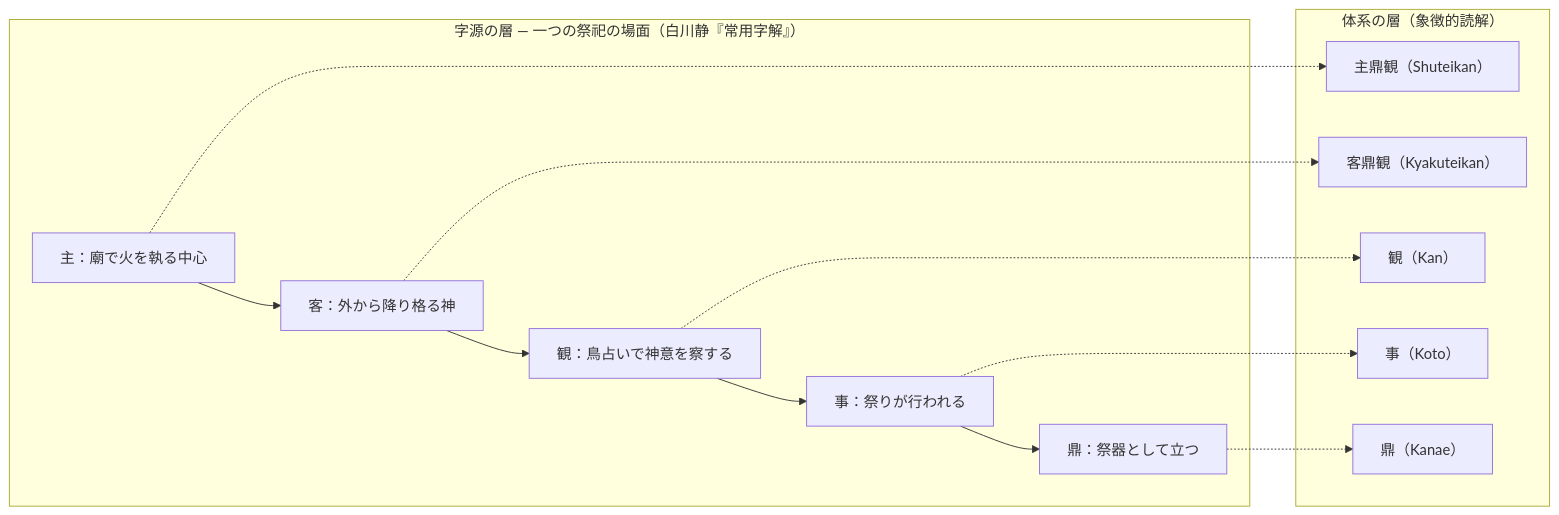
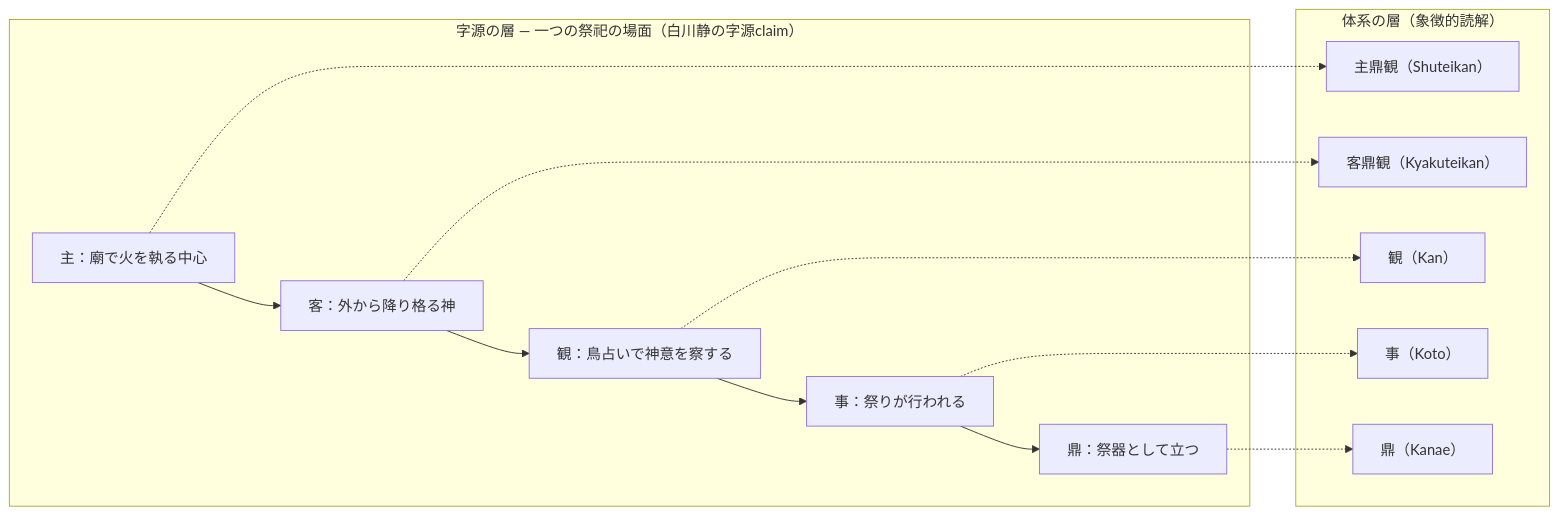
One commit to QuantumSync2012/harmony-subjectivism changed the diagram in research/kanji-map.md. Above: the diagram before and after it, drawn with Mermaid. The commit also changed other lines of this file and 13 other files, not shown here.

````diff
--- a/research/kanji-map.md
+++ b/research/kanji-map.md
@@ -29,23 +31,23 @@
 ```mermaid
 graph LR
-    subgraph gen["字源の層 — 一つの祭祀の場面（白川静『常用字解』）"]
+    subgraph gen["字源の層 — 一つの祭祀の場面（白川静の字源claim）"]
         SHU["主：廟で火を執る中心"]
         KYAKU["客：外から降り格る神"]
         KAN["観：鳥占いで神意を察する"]
         KOTO["事：祭りが行われる"]
         KANAE["鼎：祭器として立つ"]
     end
     subgraph sys["体系の層（象徴的読解）"]
         S2["主鼎観（Shuteikan）"]
         K2["客鼎観（Kyakuteikan）"]
         KA2["観（Kan）"]
         KO2["事（Koto）"]
         KN2["鼎（Kanae）"]
     end
     SHU --> KYAKU --> KAN --> KOTO --> KANAE
     SHU -.-> S2
     KYAKU -.-> K2
     KAN -.-> KA2
     KOTO -.-> KO2
     KANAE -.-> KN2
 ```
````
